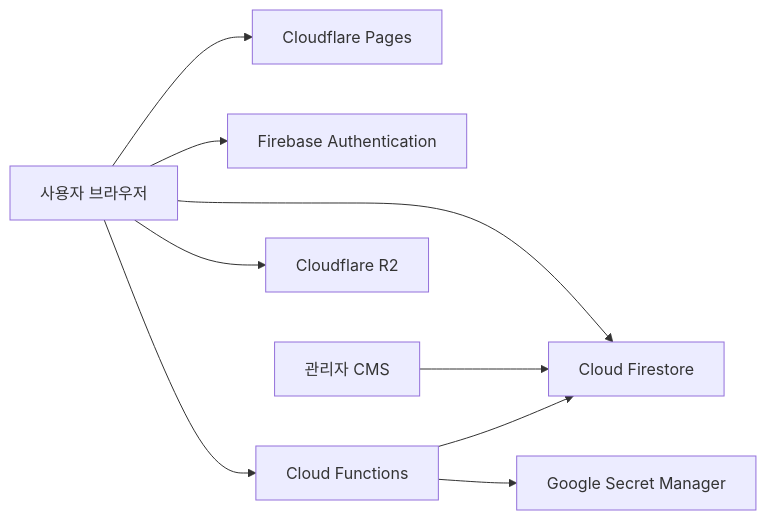
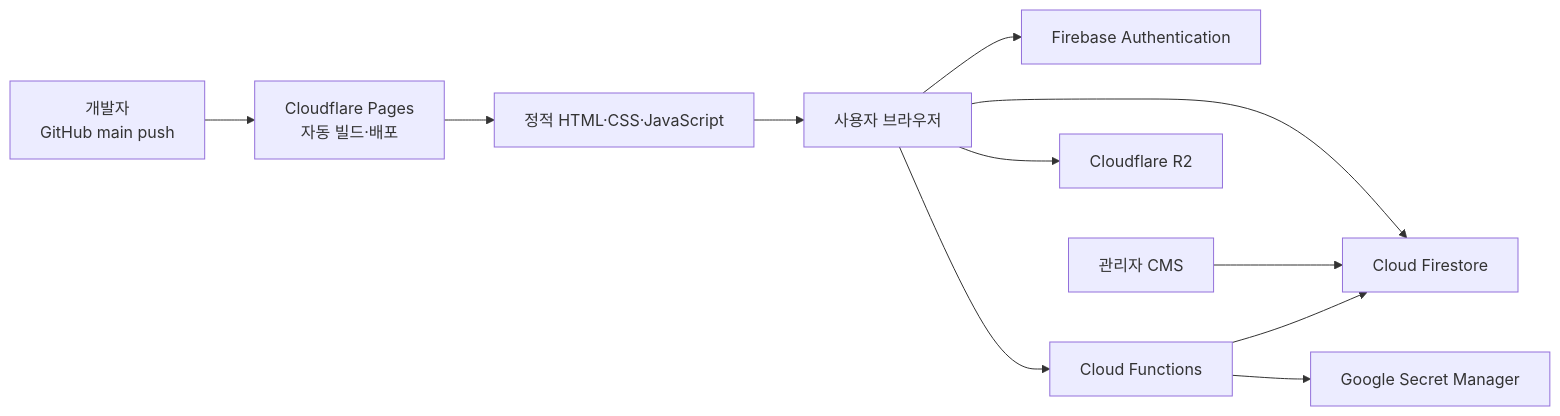
Before and after one commit to ksh0330/gritedu-lms: the diagram in README.md, drawn with Mermaid. The commit also changed other lines of this file and 205 other files, not shown here.

````diff
--- a/README.md
+++ b/README.md
@@ -35,11 +127,15 @@
 ```mermaid
 flowchart LR
-    U[사용자 브라우저] --> CF[Cloudflare Pages]
-    U --> AUTH[Firebase Authentication]
-    U --> DB[Cloud Firestore]
-    U --> FN[Cloud Functions]
-    U --> R2[Cloudflare R2]
+    DEV[개발자<br/>GitHub main push] --> CF[Cloudflare Pages<br/>자동 빌드·배포]
+    CF --> WEB[정적 HTML·CSS·JavaScript]
+    WEB --> USER[사용자 브라우저]
+
+    USER --> AUTH[Firebase Authentication]
+    USER --> DB[Cloud Firestore]
+    USER --> FN[Cloud Functions]
+    USER --> R2[Cloudflare R2]
+
     ADMIN[관리자 CMS] --> DB
     FN --> DB
     FN --> SECRET[Google Secret Manager]
 ```
````
